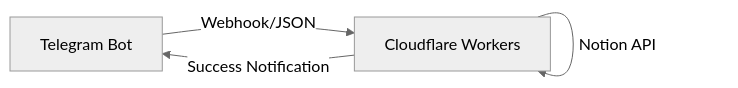
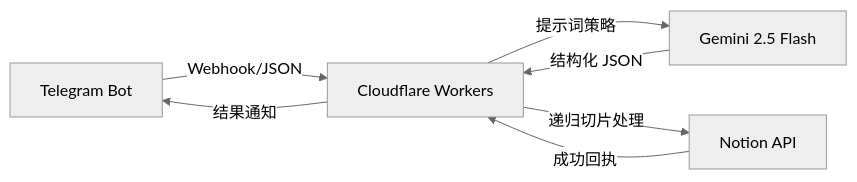
One commit to lightkise/Inspiration-OS changed the second of 2 diagrams in README.md. Above: the diagram before and after it, drawn with Mermaid (neutral theme). The commit also changed other lines of this file, not shown here.

````diff
--- a/README.md
+++ b/README.md
@@ -47,8 +63,9 @@
 ```mermaid
 graph LR
     A[Telegram Bot] -- Webhook/JSON --> B[Cloudflare Workers]
-    B -- Prompt Strategy --> B
-    B -- Gemini 2.5 Flash --> B
-    B -- Notion API --> B
-    B -- Success Notification --> A
+    B -- 提示词策略 --> C[Gemini 2.5 Flash]
+    C -- 结构化 JSON --> B
+    B -- 递归切片处理 --> D[Notion API]
+    D -- 成功回执 --> B
+    B -- 结果通知 --> A
 ```
````
